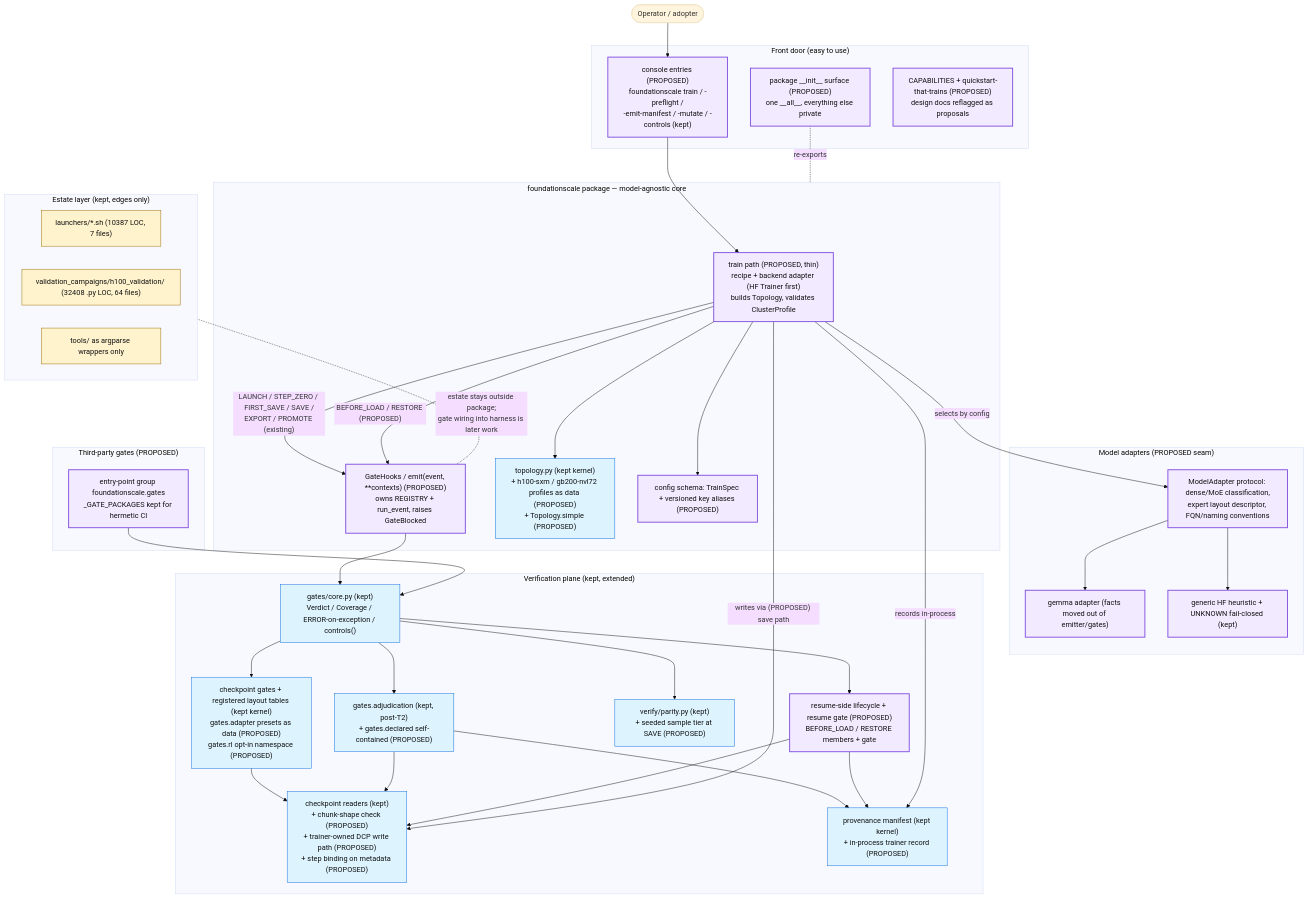
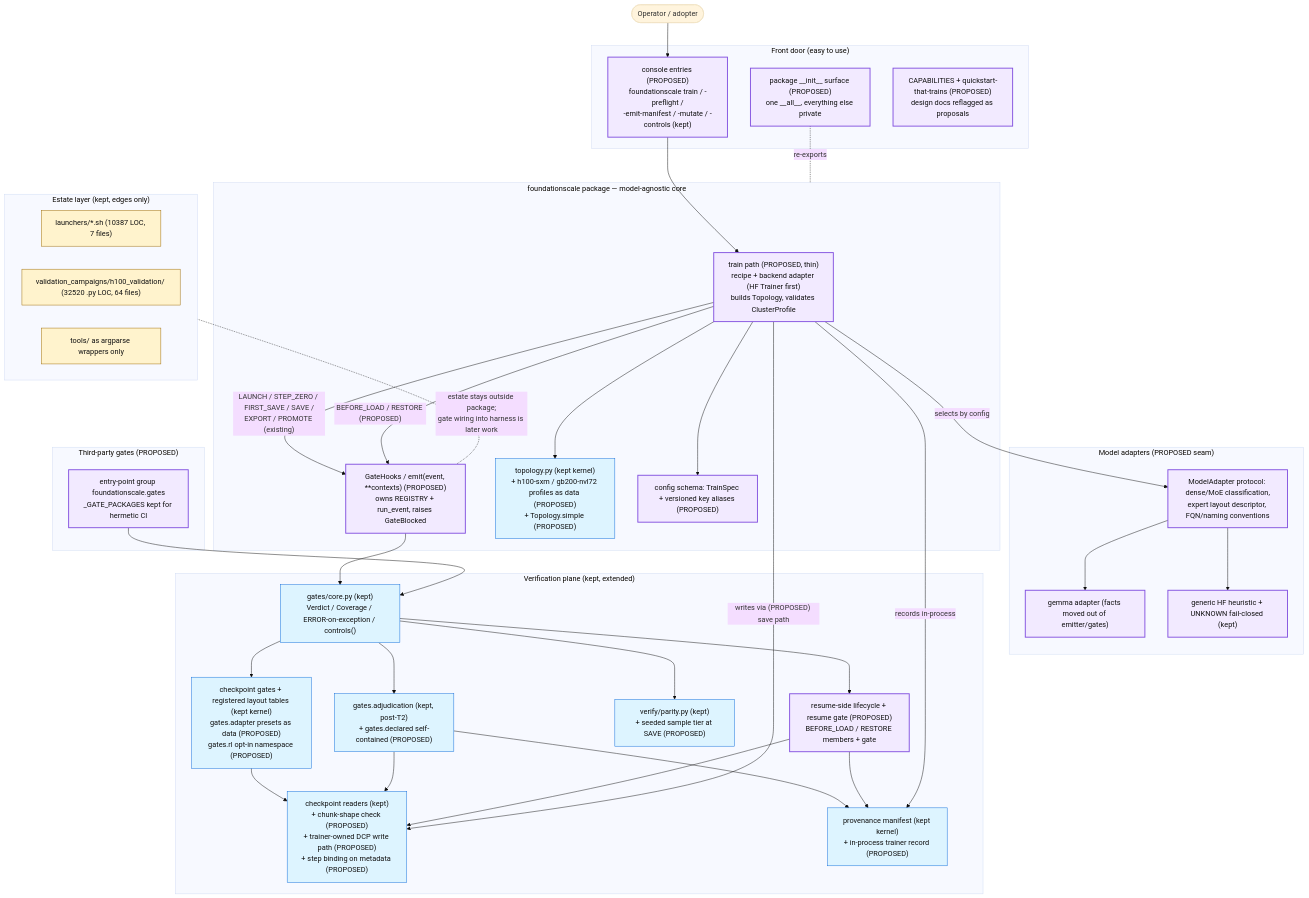
The diagram in docs/review/D5_proposed_architecture.md (TranNhiem/FoundationScale), drawn with Mermaid (base theme) before and after one commit. The commit also changed other lines of this file and 7 other files, not shown here.

````diff
--- a/docs/review/D5_proposed_architecture.md
+++ b/docs/review/D5_proposed_architecture.md
@@ -13,74 +13,74 @@
 ```mermaid
 flowchart TB
   U(["Operator / adopter"])
 
   subgraph FRONT["Front door (easy to use)"]
     CLI["console entries (PROPOSED)<br/>foundationscale train / -preflight /<br/>-emit-manifest / -mutate / -controls (kept)"]
     SURF["package __init__ surface (PROPOSED)<br/>one __all__, everything else private"]
     DOCS["CAPABILITIES + quickstart-that-trains (PROPOSED)<br/>design docs reflagged as proposals"]
   end
 
   subgraph CORE["foundationscale package — model-agnostic core"]
     TRAIN["train path (PROPOSED, thin)<br/>recipe + backend adapter (HF Trainer first)<br/>builds Topology, validates ClusterProfile"]
     HOOKS["GateHooks / emit(event, **contexts) (PROPOSED)<br/>owns REGISTRY + run_event, raises GateBlocked"]
     TOPO["topology.py (kept kernel)<br/>+ h100-sxm / gb200-nvl72 profiles as data (PROPOSED)<br/>+ Topology.simple (PROPOSED)"]
     CONFIG["config schema: TrainSpec + versioned key aliases (PROPOSED)"]
   end
 
   subgraph ADAPT["Model adapters (PROPOSED seam)"]
     MA["ModelAdapter protocol: dense/MoE classification,<br/>expert layout descriptor, FQN/naming conventions"]
     GEM["gemma adapter (facts moved out of emitter/gates)"]
     HF["generic HF heuristic + UNKNOWN fail-closed (kept)"]
   end
 
   subgraph VERIFY["Verification plane (kept, extended)"]
     GCORE["gates/core.py (kept)<br/>Verdict / Coverage / ERROR-on-exception / controls()"]
     GCK["checkpoint gates + registered layout tables (kept kernel)<br/>gates.adapter presets as data (PROPOSED)<br/>gates.rl opt-in namespace (PROPOSED)"]
     ADJ["gates.adjudication (kept, post-T2)<br/>+ gates.declared self-contained (PROPOSED)"]
     PAR["verify/parity.py (kept)<br/>+ seeded sample tier at SAVE (PROPOSED)"]
     CKIO["checkpoint readers (kept)<br/>+ chunk-shape check (PROPOSED)<br/>+ trainer-owned DCP write path (PROPOSED)<br/>+ step binding on metadata (PROPOSED)"]
     PROV["provenance manifest (kept kernel)<br/>+ in-process trainer record (PROPOSED)"]
     RES["resume-side lifecycle + resume gate (PROPOSED)<br/>BEFORE_LOAD / RESTORE members + gate"]
   end
 
   subgraph PLUG["Third-party gates (PROPOSED)"]
     EP["entry-point group foundationscale.gates<br/>_GATE_PACKAGES kept for hermetic CI"]
   end
 
   subgraph ESTATE["Estate layer (kept, edges only)"]
     LAU["launchers/*.sh (10387 LOC, 7 files)"]
-    H100["validation_campaigns/h100_validation/ (32408 .py LOC, 64 files)"]
+    H100["validation_campaigns/h100_validation/ (32520 .py LOC, 64 files)"]
     WRAP["tools/ as argparse wrappers only"]
   end
 
   U --> CLI --> TRAIN
   SURF -. re-exports .- CORE
   TRAIN --> TOPO
   TRAIN --> CONFIG
   TRAIN -- "selects by config" --> MA
   MA --> GEM
   MA --> HF
   TRAIN -- "LAUNCH / STEP_ZERO / FIRST_SAVE / SAVE /<br/>EXPORT / PROMOTE (existing)" --> HOOKS
   TRAIN -- "BEFORE_LOAD / RESTORE (PROPOSED)" --> HOOKS
   HOOKS --> GCORE
   EP --> GCORE
   GCORE --> GCK
   GCORE --> ADJ
   GCORE --> PAR
   GCORE --> RES
   GCK --> CKIO
   ADJ --> CKIO
   ADJ --> PROV
   RES --> CKIO
   RES --> PROV
   TRAIN -- "writes via (PROPOSED) save path" --> CKIO
   TRAIN -- "records in-process" --> PROV
   ESTATE -. "estate stays outside package;<br/>gate wiring into harness is later work" .- HOOKS
 
   classDef new fill:#f2eaff,stroke:#8250df,stroke-width:2px,color:#111;
   classDef kept fill:#ddf4ff,stroke:#0969da,color:#111;
   classDef estate fill:#fff3cd,stroke:#9a6700,color:#111;
   class TRAIN,HOOKS,CLI,SURF,DOCS,MA,GEM,HF,RES,EP,CONFIG new;
   class GCORE,GCK,ADJ,PAR,CKIO,PROV,TOPO kept;
   class LAU,H100,WRAP estate;
 ```
````
